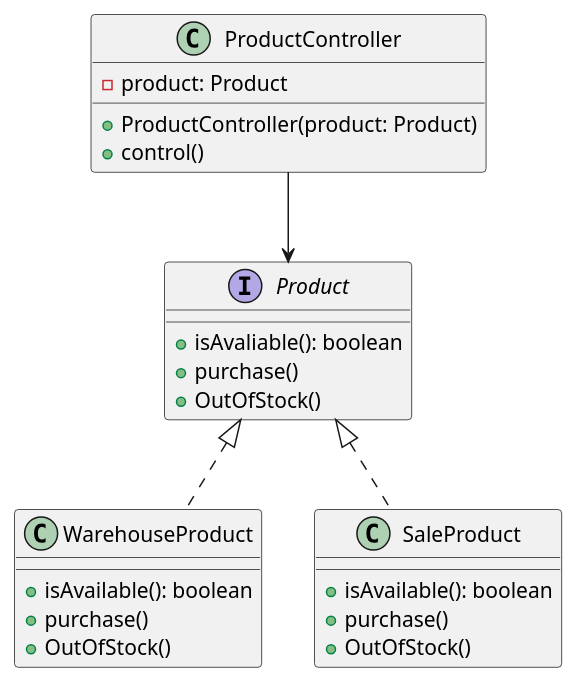
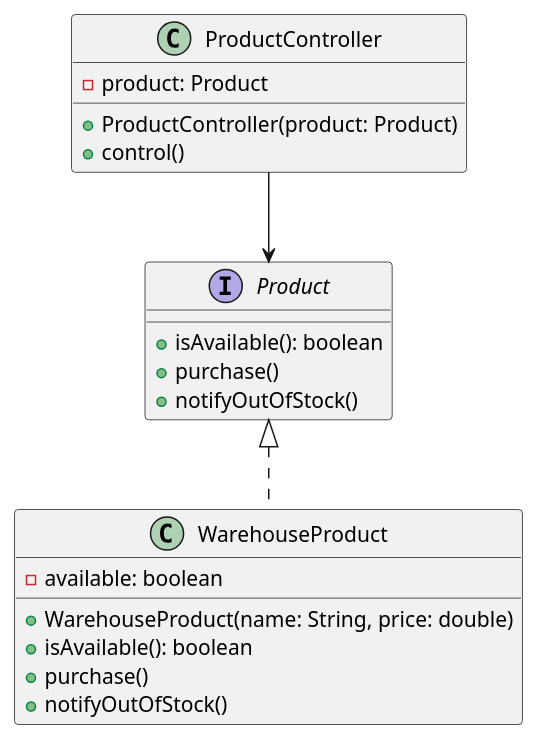
Before and after one commit to yvashisht/ENSF607: the fifth of 5 diagrams in 04 Assignment 4/ExerciseOne.md, drawn with PlantUML. The commit also changed 18 other files, not shown here.

```diff
--- a/04 Assignment 4/ExerciseOne.md
+++ b/04 Assignment 4/ExerciseOne.md
@@ -135,31 +135,26 @@
 	@startuml
 	
 	interface Product {
-	+ isAvaliable(): boolean
-	+ purchase()
-	+ OutOfStock()
+	  +isAvailable(): boolean
+	  +purchase()
+	  +notifyOutOfStock()
+	}
+	
+	class WarehouseProduct {
+	  -available: boolean
+	  +WarehouseProduct(name: String, price: double)
+	  +isAvailable(): boolean
+	  +purchase()
+	  +notifyOutOfStock()
 	}
 	
 	class ProductController {
-	  - product: Product
-	  + ProductController(product: Product)
-	  + control()
-	}
-	
-	class WarehouseProduct {
-	  + isAvailable(): boolean
-	  + purchase()
-	  + OutOfStock()
-	}
-	
-	class SaleProduct {
-	  + isAvailable(): boolean
-	  + purchase()
-	  + OutOfStock()
+	  -product: Product
+	  +ProductController(product: Product)
+	  +control()
 	}
 	
 	Product <|.. WarehouseProduct
-	Product <|.. SaleProduct
 	ProductController --> Product
 	
 	@enduml
```
